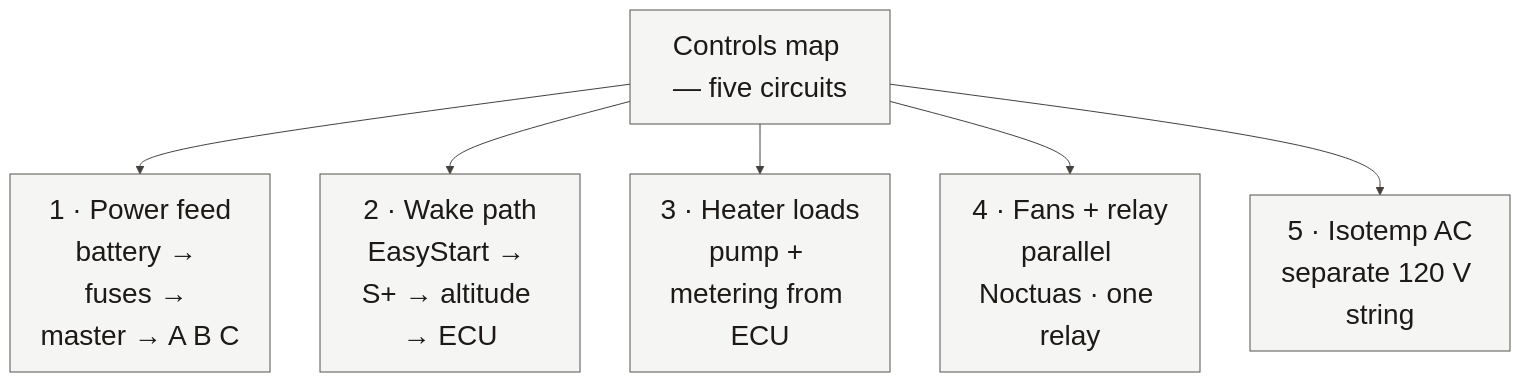
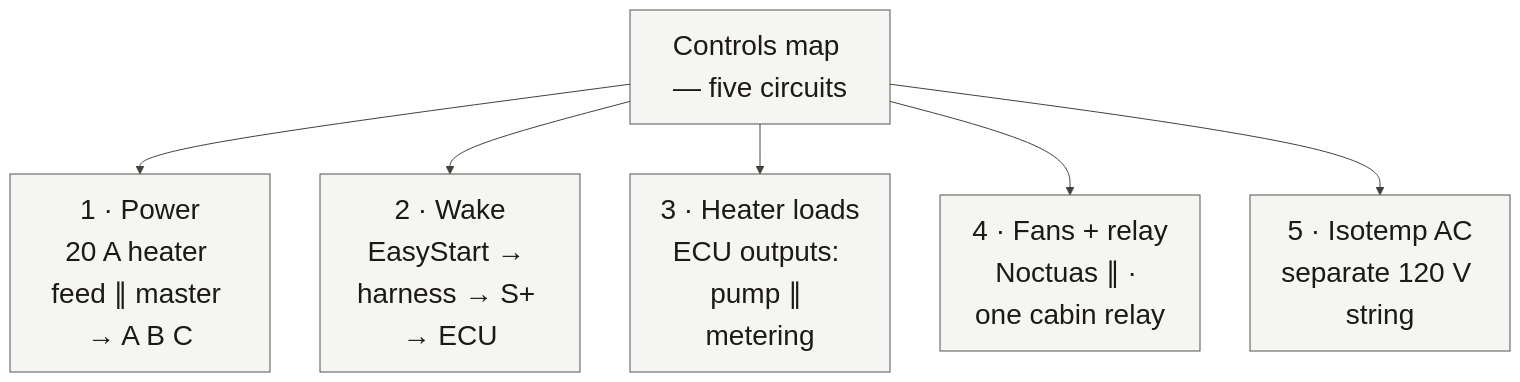
Before and after one commit to benracine/sprinter-heat: the diagram in book/diagrams/electrical.mmd, drawn with Mermaid. The commit also changed 12 other files, not shown here.

```diff
--- a/book/diagrams/electrical.mmd
+++ b/book/diagrams/electrical.mmd
@@ -1,11 +1,11 @@
 %%{init: {'theme':'base','themeVariables': {'background':'#fafaf9','primaryColor':'#f5f5f4','primaryTextColor':'#1c1917','primaryBorderColor':'#57534e','lineColor':'#44403c','secondaryColor':'#e7e5e4','tertiaryColor':'#eeeeec','fontFamily':'Avenir Next, Avenir, Helvetica Neue, sans-serif','fontSize':'28px','textColor':'#1c1917','mainBkg':'#f5f5f4','clusterBkg':'#eeeeec','clusterBorder':'#78716c','edgeLabelBackground':'#fafaf9'}}}%%
 flowchart TB
   MAP["Controls map — five circuits"]
-  MAP --> P["1 · Power feed<br/>battery → fuses → master → A B C"]
-  MAP --> W["2 · Wake path<br/>EasyStart → S+ → altitude → ECU"]
-  MAP --> H["3 · Heater loads<br/>pump + metering from ECU"]
-  MAP --> F["4 · Fans + relay<br/>parallel Noctuas · one relay"]
+  MAP --> P["1 · Power<br/>20 A heater feed ∥ master → A B C"]
+  MAP --> W["2 · Wake<br/>EasyStart → harness → S+ → ECU"]
+  MAP --> H["3 · Heater loads<br/>ECU outputs: pump ∥ metering"]
+  MAP --> F["4 · Fans + relay<br/>Noctuas ∥ · one cabin relay"]
   MAP --> A["5 · Isotemp AC<br/>separate 120 V string"]
 
   classDef solid fill:#f5f5f4,stroke:#57534e,stroke-width:1px,color:#1c1917;
   class MAP,P,W,H,F,A solid;
```
